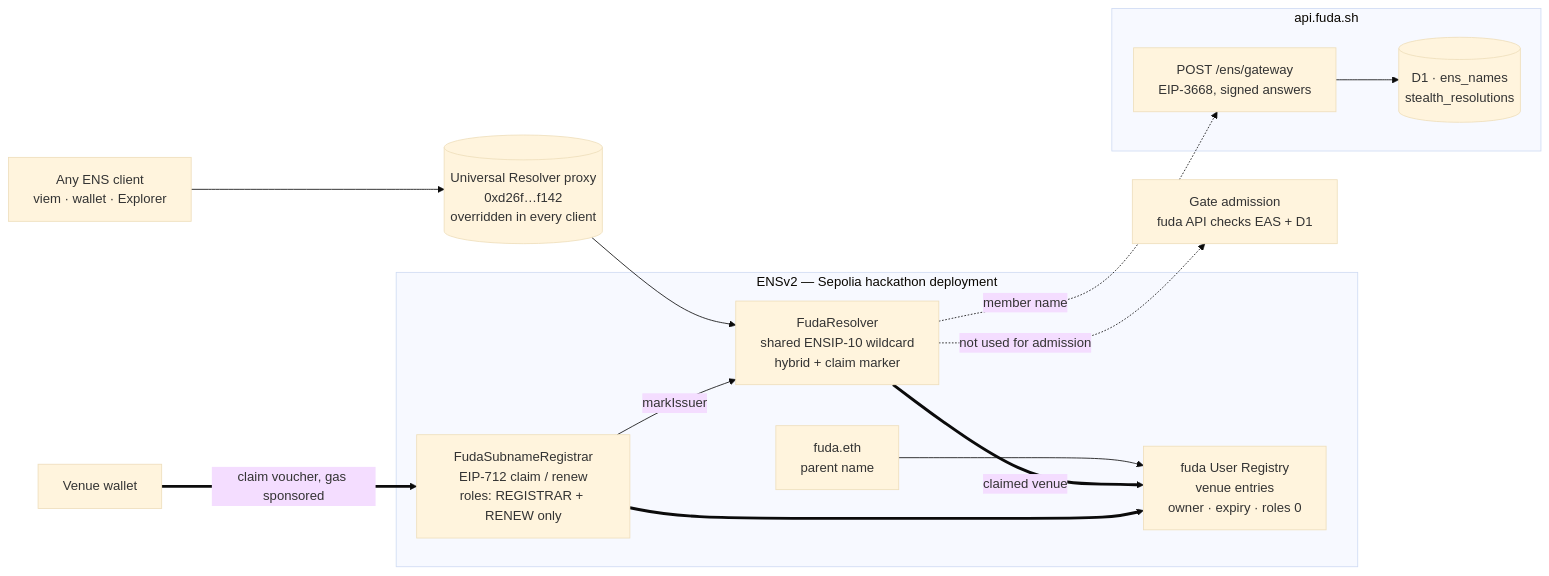
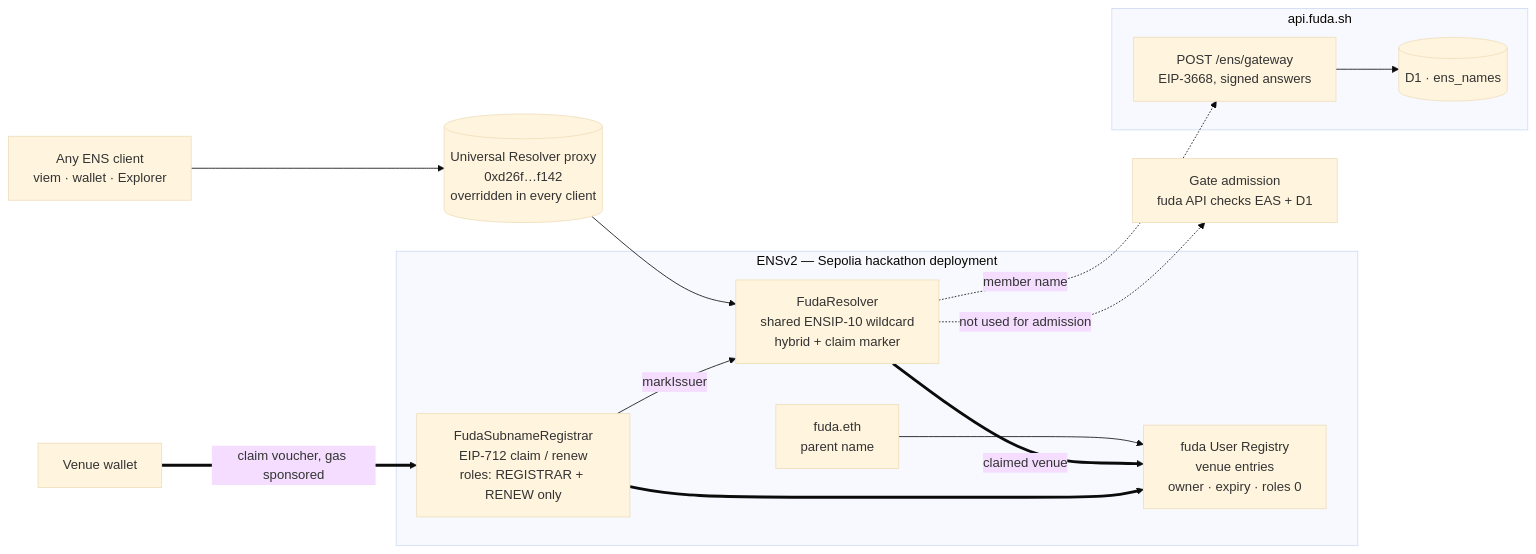
One commit to oboroxyz/fuda-sh changed the first of 2 diagrams in docs/integrations/ens.md. Above: the diagram before and after it, drawn with Mermaid (base theme). The commit also changed other lines of this file and 1 other file, not shown here.

````diff
--- a/docs/integrations/ens.md
+++ b/docs/integrations/ens.md
@@ -11,26 +11,26 @@
 ```mermaid
 flowchart LR
     CLIENT["Any ENS client<br/>viem · wallet · Explorer"]
     UR[("Universal Resolver proxy<br/>0xd26f…f142<br/>overridden in every client")]
 
     subgraph ens["ENSv2 — Sepolia hackathon deployment"]
         ROOT["fuda.eth<br/>parent name"]
         REG["fuda User Registry<br/>venue entries<br/>owner · expiry · roles 0"]
         RES["FudaResolver<br/>shared ENSIP-10 wildcard<br/>hybrid + claim marker"]
         SR["FudaSubnameRegistrar<br/>EIP-712 claim / renew<br/>roles: REGISTRAR + RENEW only"]
     end
 
     subgraph api["api.fuda.sh"]
         GW["POST /ens/gateway<br/>EIP-3668, signed answers"]
-        D1[("D1 · ens_names<br/>stealth_resolutions")]
+        D1[("D1 · ens_names")]
     end
 
     CLIENT --> UR --> RES
     ROOT --> REG
     RES ==>|"claimed venue"| REG
     RES -.->|"member name"| GW --> D1
     VENUE["Venue wallet"] ==>|"claim voucher, gas sponsored"| SR ==> REG
     SR -->|"markIssuer"| RES
 
     RES -. "not used for admission" .-> GATE["Gate admission<br/>fuda API checks EAS + D1"]
 ```
````
